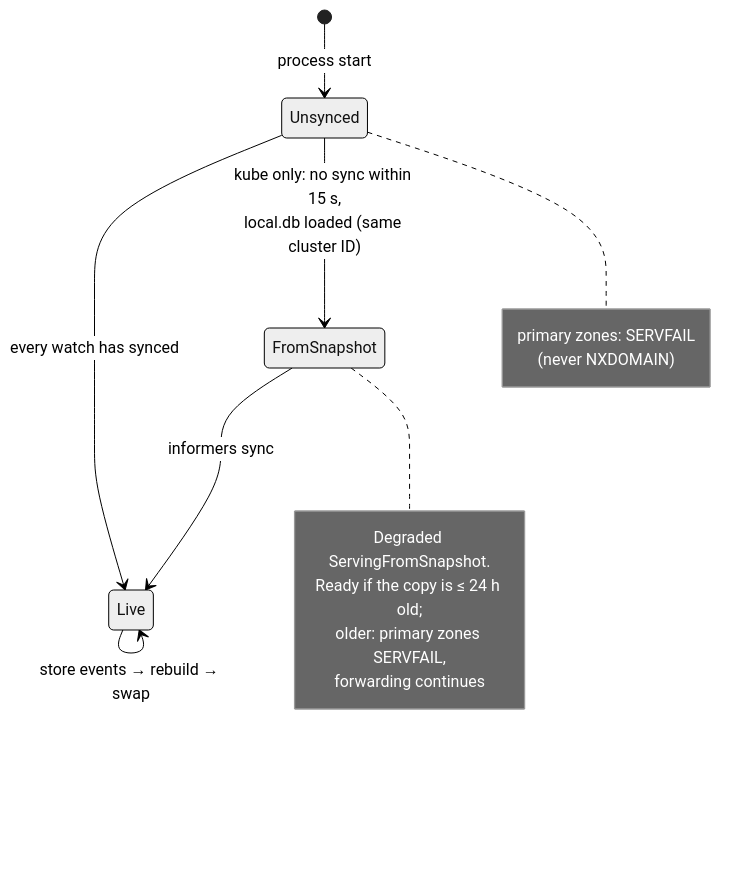
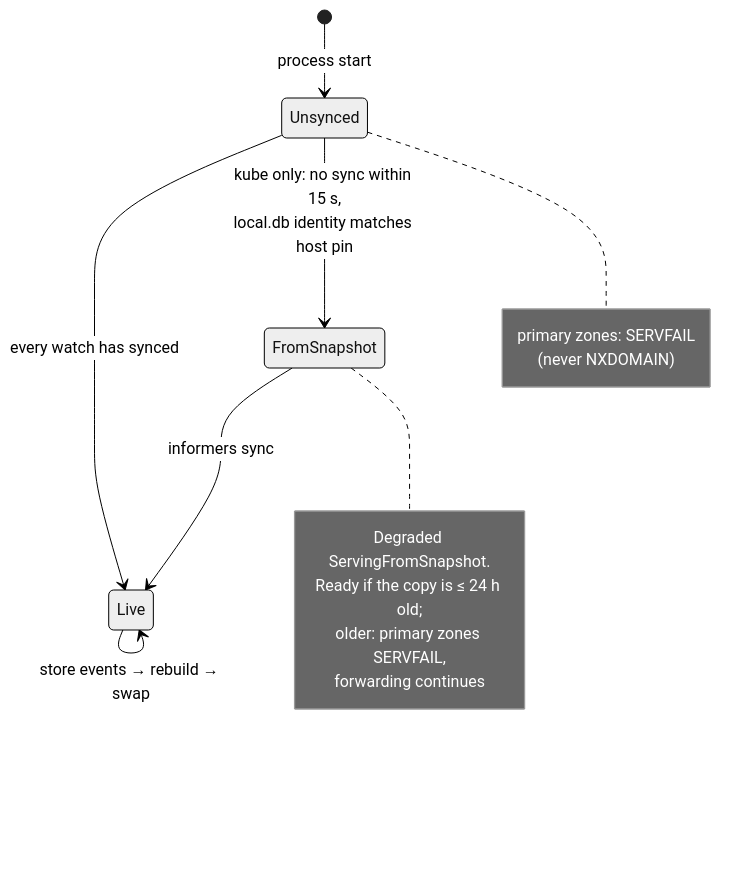
The seventh of 14 diagrams in docs/architecture/configuration-and-store.md (robertherbaugh/kudurru), drawn with Mermaid (neutral theme) before and after one commit. The commit also changed other lines of this file and 21 other files, not shown here.

Commit message:
fix(kube): pin offline recovery to trusted cluster identity

````diff
--- a/docs/architecture/configuration-and-store.md
+++ b/docs/architecture/configuration-and-store.md
@@ -456,18 +493,18 @@
 ```mermaid
 stateDiagram-v2
     [*] --> Unsynced: process start
     Unsynced --> Live: every watch has synced
-    Unsynced --> FromSnapshot: kube only: no sync within 15 s,<br/>local.db loaded (same cluster ID)
+    Unsynced --> FromSnapshot: kube only: no sync within 15 s,<br/>local.db identity matches host pin
     FromSnapshot --> Live: informers sync
     Live --> Live: store events → rebuild → swap
     note right of Unsynced
         primary zones: SERVFAIL
         (never NXDOMAIN)
     end note
     note right of FromSnapshot
         Degraded ServingFromSnapshot.
         Ready if the copy is ≤ 24 h old;
         older: primary zones SERVFAIL,
         forwarding continues
     end note
 ```
````
